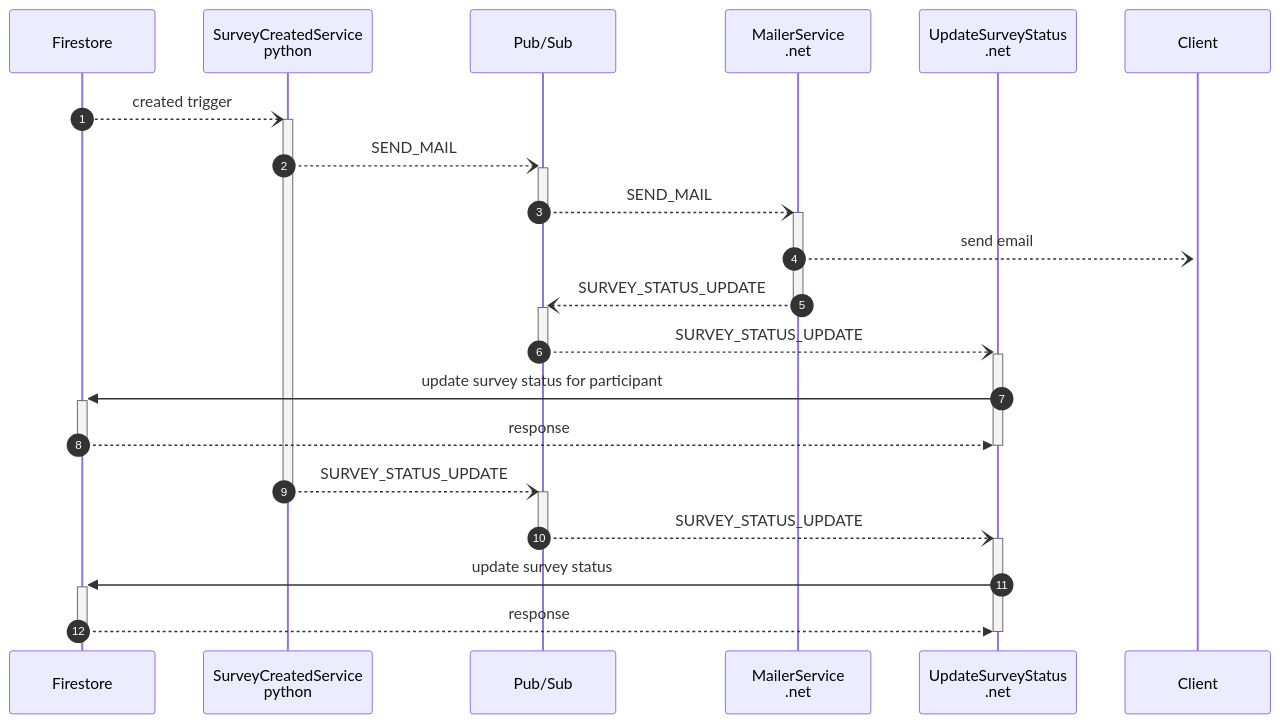
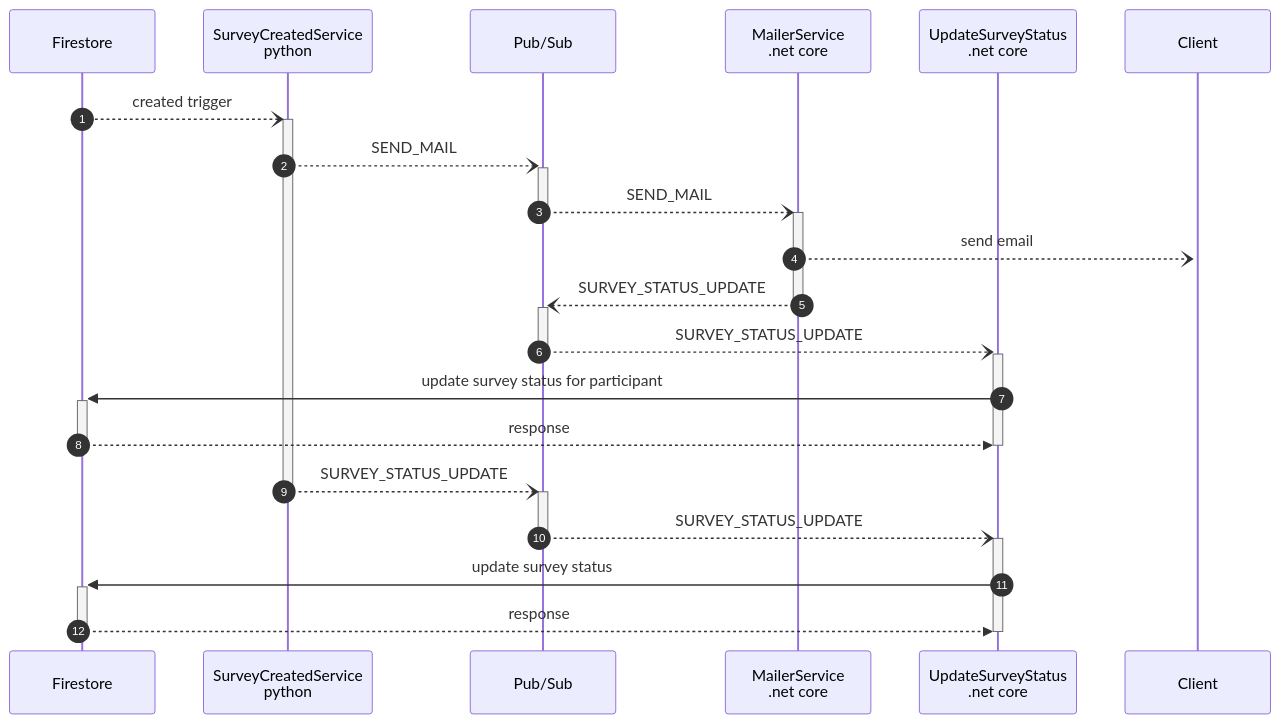
Before and after one commit to MichaelDiers/surveys: the diagram in doc/ProcessSurvey.md, drawn with Mermaid. The commit also changed 2 other files, not shown here.

````diff
--- a/doc/ProcessSurvey.md
+++ b/doc/ProcessSurvey.md
@@ -1,29 +1,29 @@
 ```mermaid
 sequenceDiagram
     autonumber
     participant FS as Firestore
     participant SCS as SurveyCreatedService<br>python
     participant PS as Pub/Sub
-    participant MS as MailerService<br>.net
-    participant USS as UpdateSurveyStatus<br>.net
+    participant MS as MailerService<br>.net core
+    participant USS as UpdateSurveyStatus<br>.net core
     participant C as Client
     FS--)+SCS: created trigger
     SCS--)+PS: SEND_MAIL
     PS--)+MS: SEND_MAIL
     deactivate PS
     MS--)+C: send email
     MS--)+PS: SURVEY_STATUS_UPDATE
     deactivate MS
     PS--)+USS: SURVEY_STATUS_UPDATE
     deactivate PS    
     USS->>+FS: update survey status for participant
     FS-->>-USS: response
     deactivate USS
     SCS--)+PS: SURVEY_STATUS_UPDATE
     deactivate SCS
     PS--)+USS: SURVEY_STATUS_UPDATE
     deactivate PS
     USS->>+FS: update survey status
     FS-->>-USS: response
     deactivate USS
 ```
````
